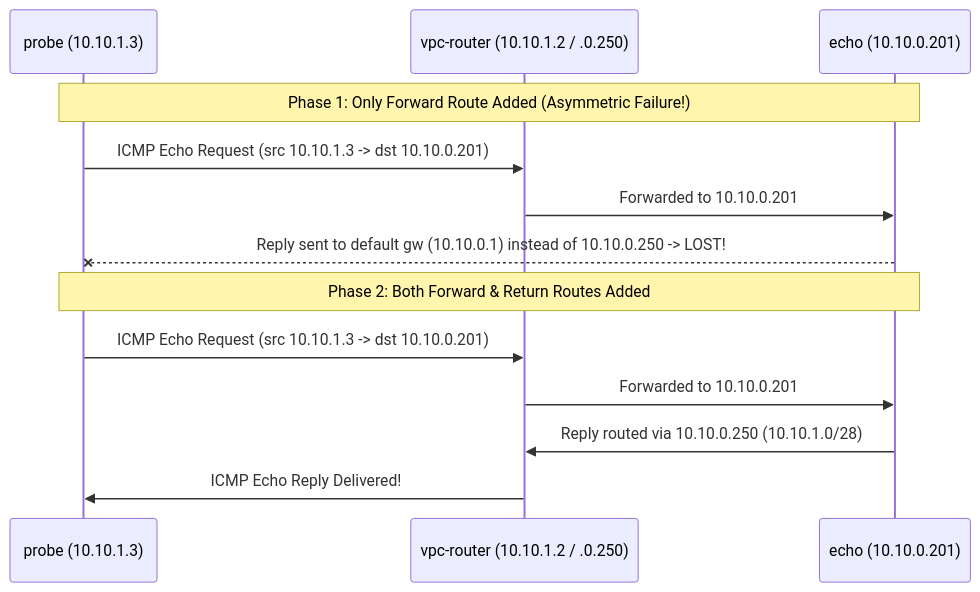
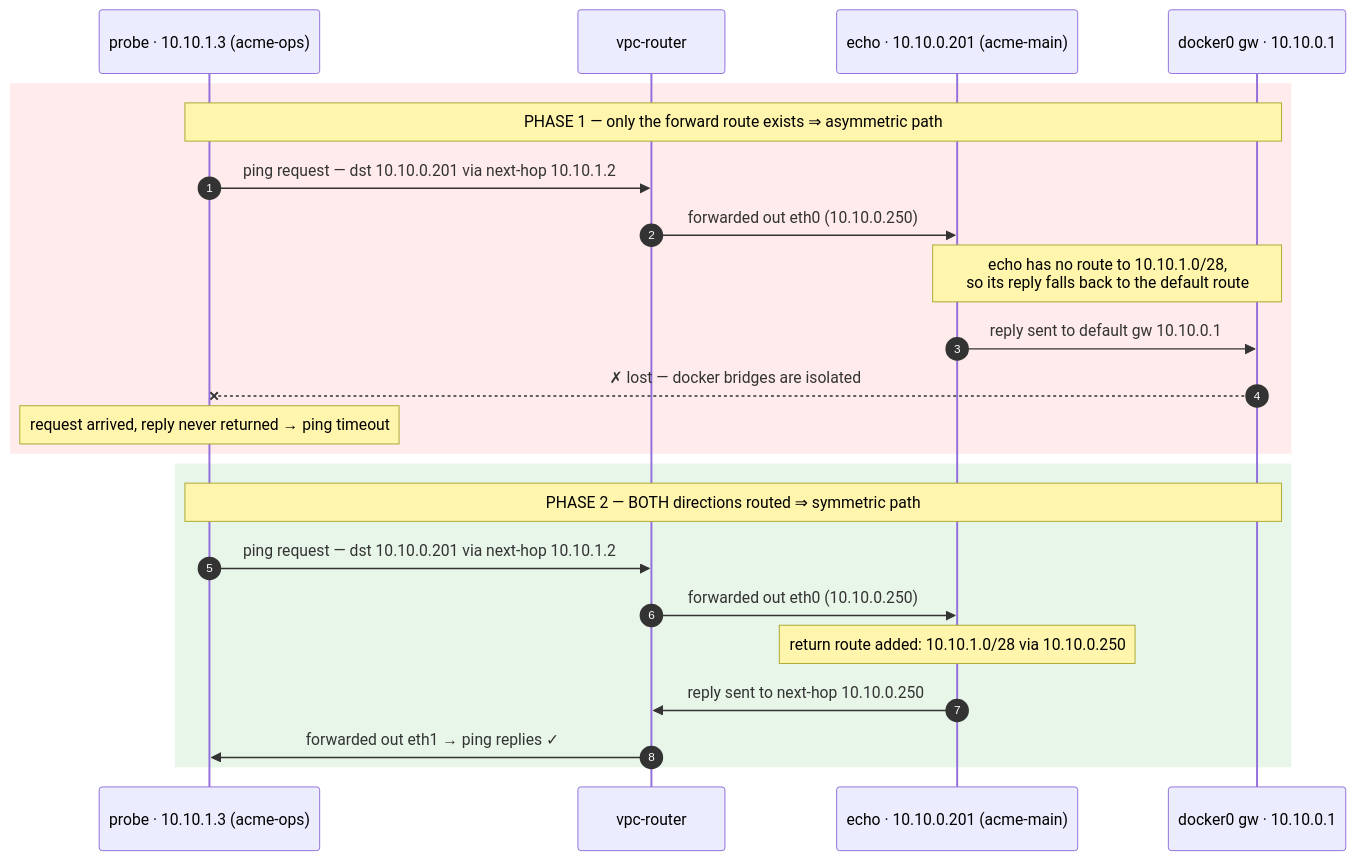
The diagram in docs/labs/lab-01-docker-underlay-routing.md (nitinkc/KubernetesConcepts), drawn with Mermaid before and after one commit. The commit also changed other lines of this file and 78 other files, not shown here.

````diff
--- a/docs/labs/lab-01-docker-underlay-routing.md
+++ b/docs/labs/lab-01-docker-underlay-routing.md
@@ -102,17 +150,27 @@
 ```mermaid
 sequenceDiagram
-    participant P as probe (10.10.1.3)
-    participant R as vpc-router (10.10.1.2 / .0.250)
-    participant E as echo (10.10.0.201)
+    autonumber
+    participant P as probe · 10.10.1.3 (acme-ops)
+    participant R as vpc-router
+    participant E as echo · 10.10.0.201 (acme-main)
+    participant G as docker0 gw · 10.10.0.1
 
-    Note over P,E: Phase 1: Only Forward Route Added (Asymmetric Failure!)
-    P->>R: ICMP Echo Request (src 10.10.1.3 -> dst 10.10.0.201)
-    R->>E: Forwarded to 10.10.0.201
-    E--xP: Reply sent to default gw (10.10.0.1) instead of 10.10.0.250 -> LOST!
+    rect rgb(255, 235, 235)
+        Note over P,G: PHASE 1 — only the forward route exists ⇒ asymmetric path
+        P->>R: ping request — dst 10.10.0.201 via next-hop 10.10.1.2
+        R->>E: forwarded out eth0 (10.10.0.250)
+        Note over E,G: echo has no route to 10.10.1.0/28,<br/>so its reply falls back to the default route
+        E->>G: reply sent to default gw 10.10.0.1
+        G--xP: ✗ lost — docker bridges are isolated
+        Note over P: request arrived, reply never returned → ping timeout
+    end
 
-    Note over P,E: Phase 2: Both Forward & Return Routes Added
-    P->>R: ICMP Echo Request (src 10.10.1.3 -> dst 10.10.0.201)
-    R->>E: Forwarded to 10.10.0.201
-    E->>R: Reply routed via 10.10.0.250 (10.10.1.0/28)
-    R->>P: ICMP Echo Reply Delivered!
+    rect rgb(232, 245, 233)
+        Note over P,G: PHASE 2 — BOTH directions routed ⇒ symmetric path
+        P->>R: ping request — dst 10.10.0.201 via next-hop 10.10.1.2
+        R->>E: forwarded out eth0 (10.10.0.250)
+        Note over E: return route added: 10.10.1.0/28 via 10.10.0.250
+        E->>R: reply sent to next-hop 10.10.0.250
+        R->>P: forwarded out eth1 → ping replies ✓
+    end
 ```
````
